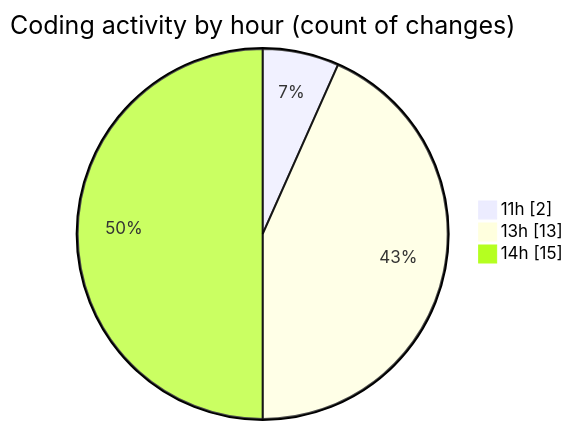
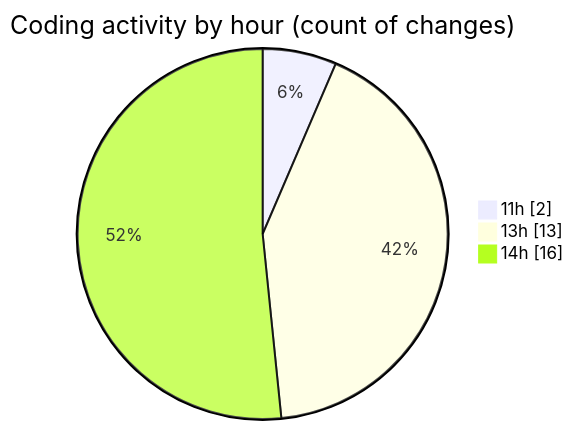
The second of 2 diagrams in 2026-03-22/nxtqube_webapp/README.md (nxtqubesakshisongat/code-tracking), drawn with Mermaid before and after one commit. The commit also changed other lines of this file and 1 other file, not shown here.

````diff
--- a/2026-03-22/nxtqube_webapp/README.md
+++ b/2026-03-22/nxtqube_webapp/README.md
@@ -30,7 +30,7 @@
 ```mermaid
 pie showData
 title Coding activity by hour (count of changes)
 "11h" : 2
 "13h" : 13
-"14h" : 15
+"14h" : 16
 ```
````
